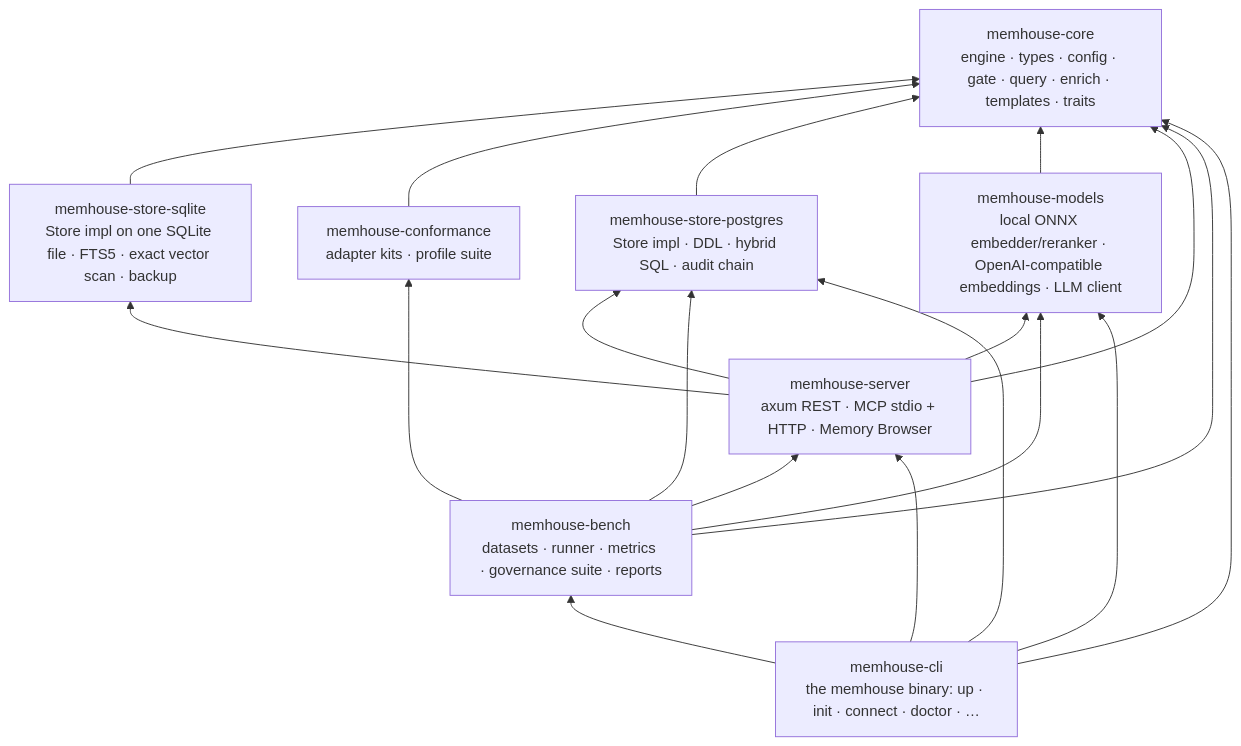
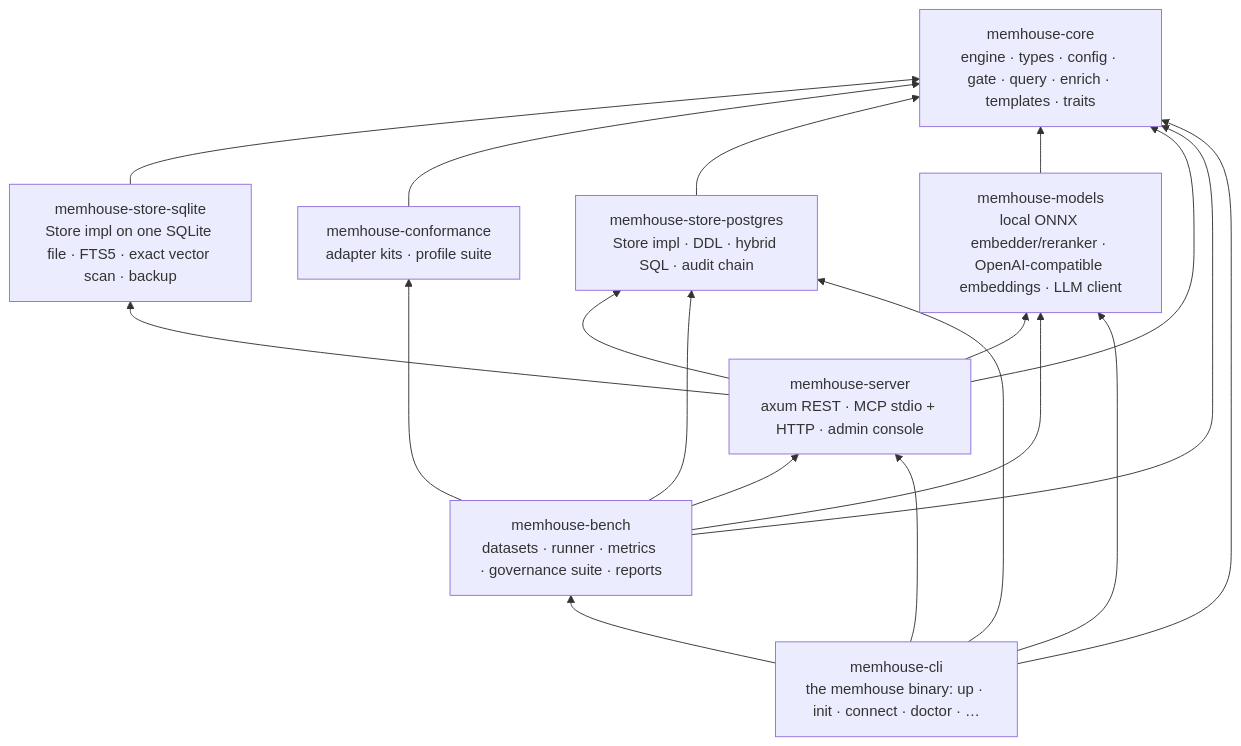
Before and after one commit to memhousehq/memhouse: the first of 4 diagrams in docs/development.md, drawn with Mermaid. The commit also changed other lines of this file and 63 other files, not shown here.

First line of the commit message:
G20: Memory browser v2 and admin console (#40)

````diff
--- a/docs/development.md
+++ b/docs/development.md
@@ -29,20 +29,20 @@
 ```mermaid
 flowchart BT
     core[memhouse-core<br/>engine · types · config · gate · query · enrich · templates · traits]
     pg[memhouse-store-postgres<br/>Store impl · DDL · hybrid SQL · audit chain]
     models[memhouse-models<br/>local ONNX embedder/reranker · OpenAI-compatible embeddings · LLM client]
-    server[memhouse-server<br/>axum REST · MCP stdio + HTTP · Memory Browser]
+    server[memhouse-server<br/>axum REST · MCP stdio + HTTP · admin console]
     bench[memhouse-bench<br/>datasets · runner · metrics · governance suite · reports]
     cli[memhouse-cli<br/>the memhouse binary: up · init · connect · doctor · …]
     lite[memhouse-store-sqlite<br/>Store impl on one SQLite file · FTS5 · exact vector scan · backup]
     lite --> core
     server --> lite
     kit[memhouse-conformance<br/>adapter kits · profile suite]
     kit --> core
     bench --> kit
     pg --> core
     models --> core
     server --> core & pg & models
     bench --> core & pg & models & server
     cli --> core & pg & models & server & bench
 ```
````
